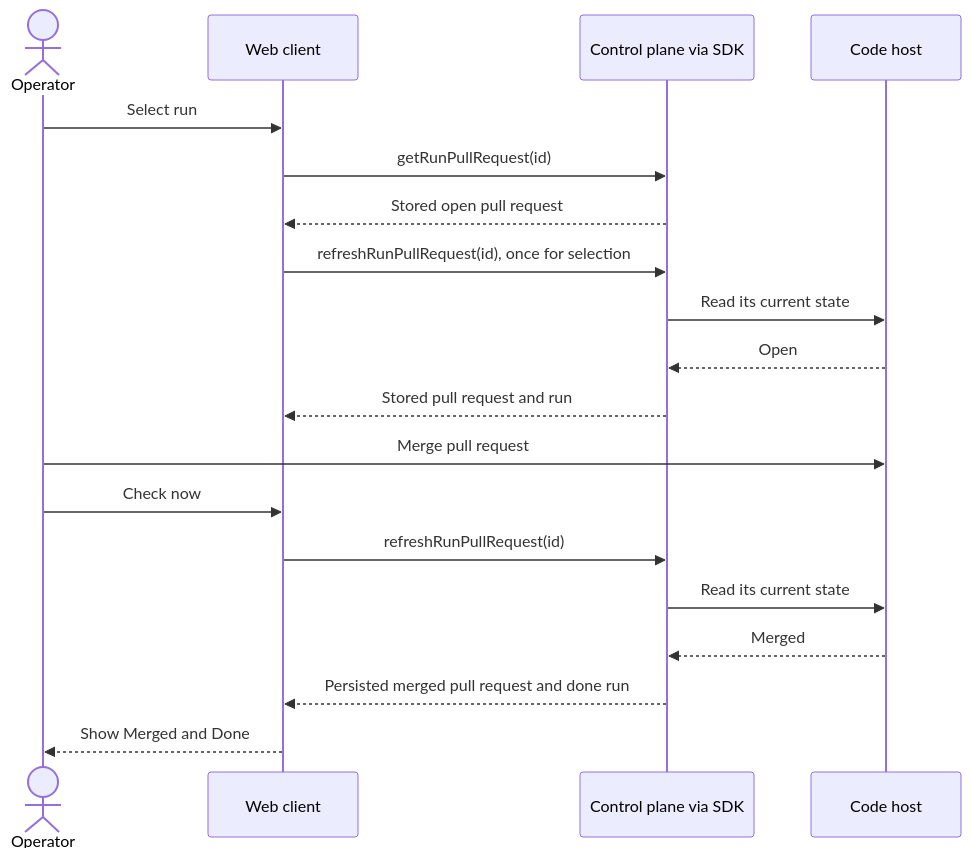
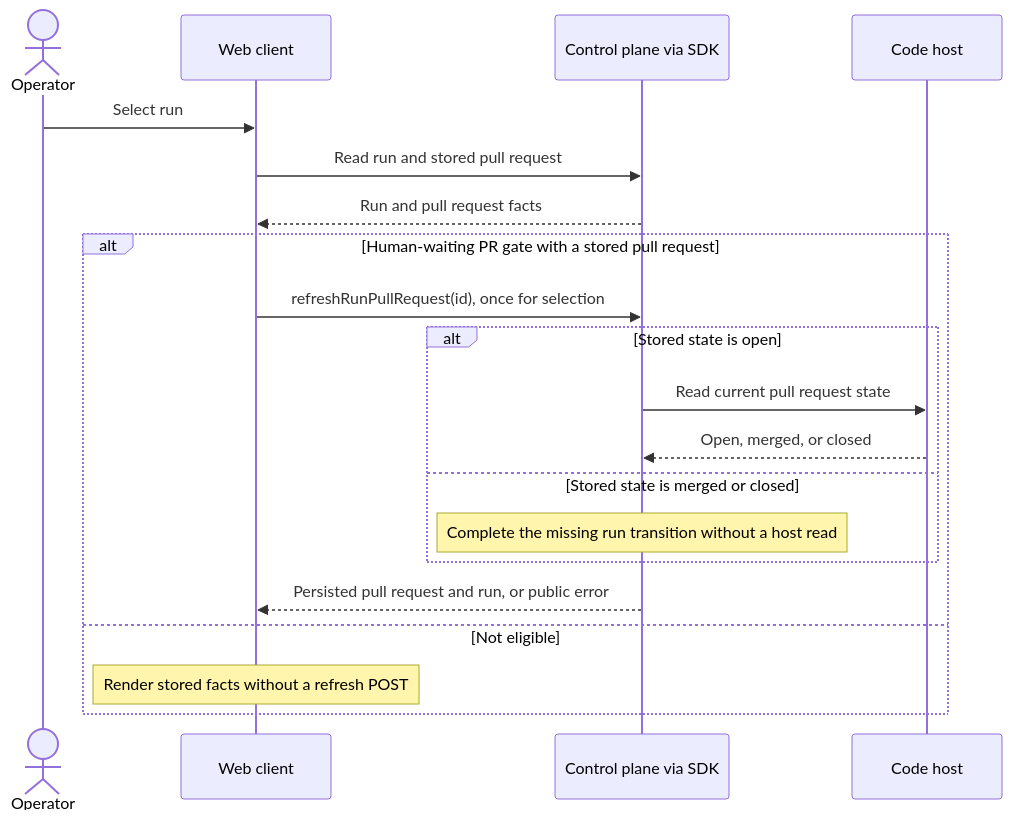
Before and after one commit to markdstafford/autocatalyst: the fourth of 4 diagrams in context-human/specs/feature-approve-implementation-and-finish-at-the-pull-request.md, drawn with Mermaid. The commit also changed other lines of this file, not shown here.

Commit message:
docs: revise feature spec approve-implementation-and-finish-at-the-pull-request

````diff
--- a/context-human/specs/feature-approve-implementation-and-finish-at-the-pull-request.md
+++ b/context-human/specs/feature-approve-implementation-and-finish-at-the-pull-request.md
@@ -142,21 +146,22 @@
 ```mermaid
 sequenceDiagram
   actor Operator
   participant Web as Web client
   participant CP as Control plane via SDK
   participant Host as Code host
   Operator->>Web: Select run
-  Web->>CP: getRunPullRequest(id)
-  CP-->>Web: Stored open pull request
-  Web->>CP: refreshRunPullRequest(id), once for selection
-  CP->>Host: Read its current state
-  Host-->>CP: Open
-  CP-->>Web: Stored pull request and run
-  Operator->>Host: Merge pull request
-  Operator->>Web: Check now
-  Web->>CP: refreshRunPullRequest(id)
-  CP->>Host: Read its current state
-  Host-->>CP: Merged
-  CP-->>Web: Persisted merged pull request and done run
-  Web-->>Operator: Show Merged and Done
+  Web->>CP: Read run and stored pull request
+  CP-->>Web: Run and pull request facts
+  alt Human-waiting PR gate with a stored pull request
+    Web->>CP: refreshRunPullRequest(id), once for selection
+    alt Stored state is open
+      CP->>Host: Read current pull request state
+      Host-->>CP: Open, merged, or closed
+    else Stored state is merged or closed
+      Note over CP: Complete the missing run transition without a host read
+    end
+    CP-->>Web: Persisted pull request and run, or public error
+  else Not eligible
+    Note over Web: Render stored facts without a refresh POST
+  end
 ```
````
